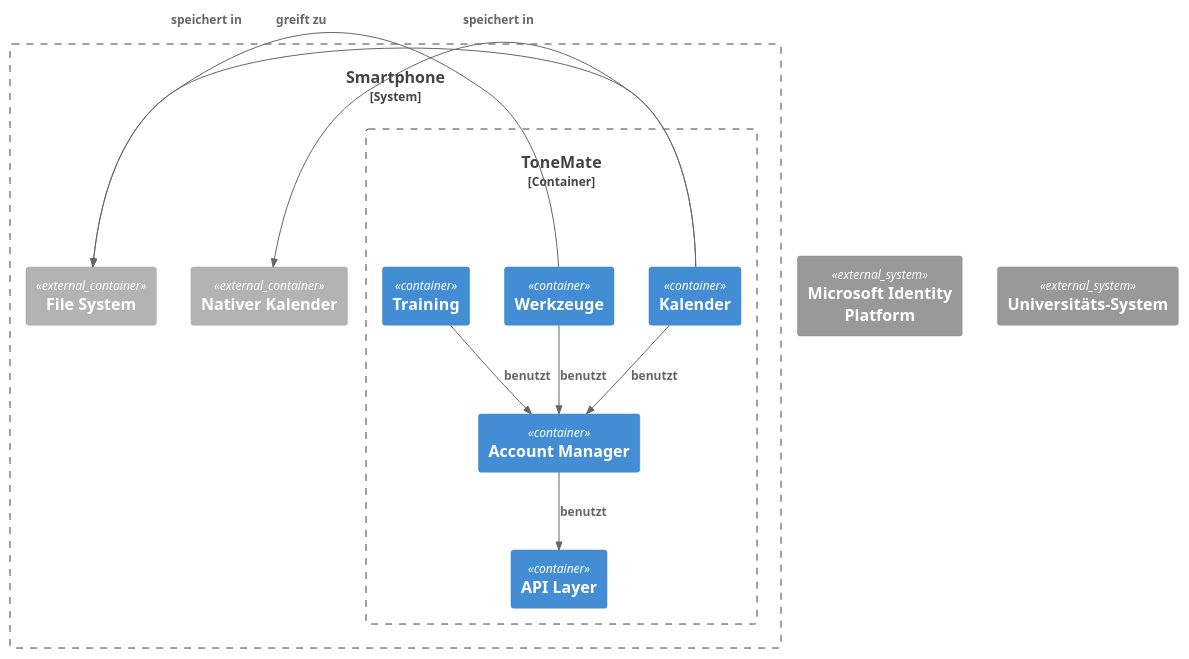
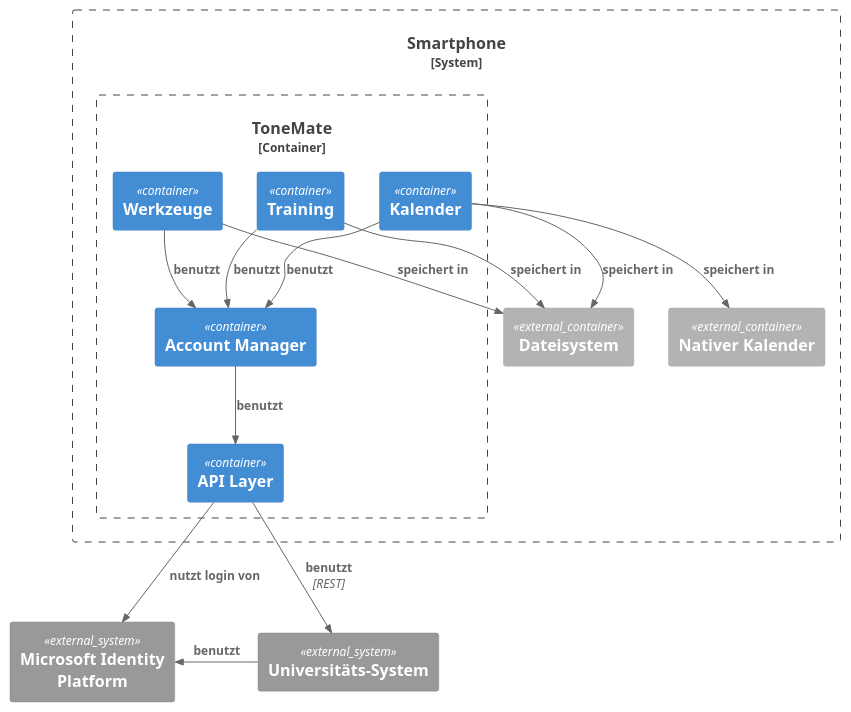
The second of 3 diagrams in src/05_building_block_view.adoc (BB223/sw-architecture), drawn with PlantUML before and after one commit. The commit also changed other lines of this file, not shown here.

```diff
--- a/src/05_building_block_view.adoc
+++ b/src/05_building_block_view.adoc
@@ -80,29 +66,35 @@
 [plantuml]
 ....
 @startuml
 !include <C4/C4_Container>
 
 System_Boundary(phone, "Smartphone") {
     Container_Boundary(toneMate, "ToneMate") {
-        Container(training, "Training")
         Container(werkzeuge, "Werkzeuge")
         Container(kalender, "Kalender")
+        Container(training, "Training")
         Container(accountManager, "Account Manager")
         Container(api, "API Layer")
 
-        Rel_D(training, accountManager, "benutzt")
-        Rel_D(werkzeuge, accountManager, "benutzt")
-        Rel_D(kalender, accountManager, "benutzt")
-        Rel_D(accountManager, api, "benutzt")
+        Rel(training, accountManager, "benutzt")
+        Rel(werkzeuge, accountManager, "benutzt")
+        Rel(kalender, accountManager, "benutzt")
+        Rel(accountManager, api, "benutzt")
     }
-    Container_Ext(fileSystem, "File System")
+    Container_Ext(dateiSystem, "Dateisystem")
     Container_Ext(kalenderExt, "Nativer Kalender")
 
-    Rel_L(kalender, kalenderExt, "speichert in")
-    Rel_L(kalender, fileSystem, "speichert in")
-    Rel_L(werkzeuge, fileSystem, "greift zu")
+    Rel(kalender, kalenderExt, "speichert in")
+    Rel(kalender, dateiSystem, "speichert in")
+    Rel(werkzeuge, dateiSystem, "speichert in")
+    Rel(training, dateiSystem, "speichert in")
 }
 System_Ext(oauth, "Microsoft Identity Platform")
 System_Ext(uni, "Universitäts-System")
+
+Rel(api, uni, "benutzt", "REST")
+Rel_L(uni, oauth, "benutzt")
+Rel(api, oauth, "nutzt login von")
+
 @enduml
 ....
```
